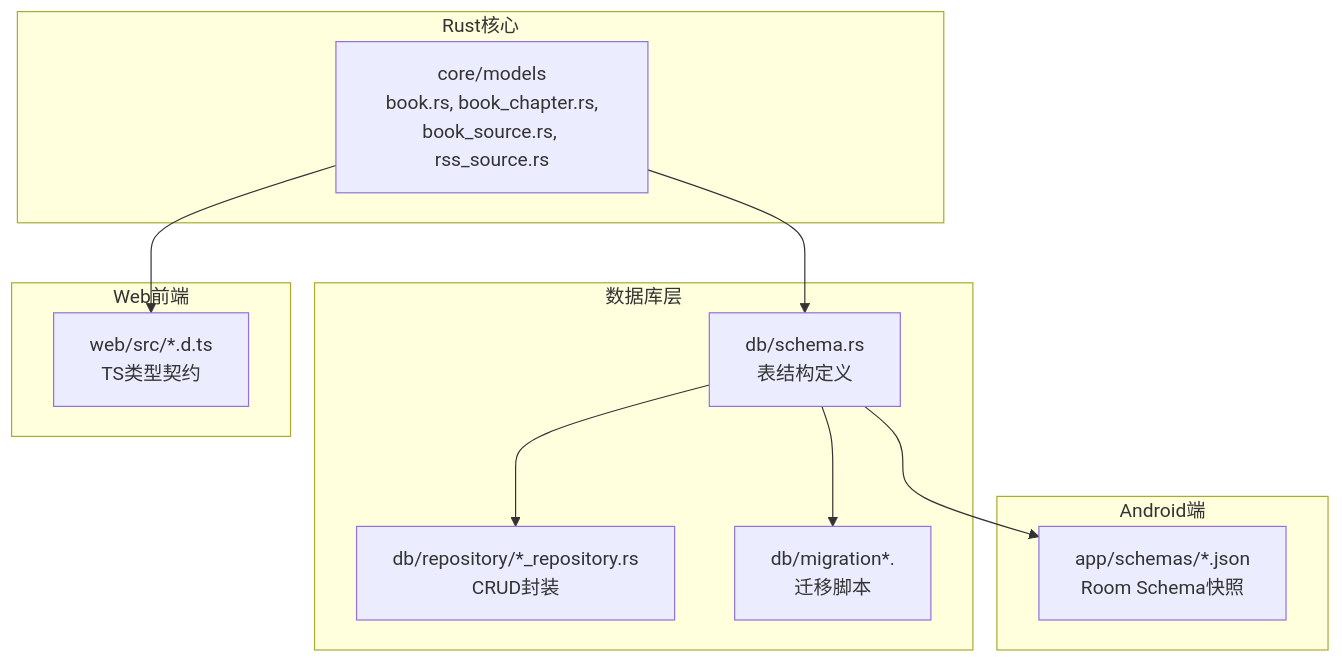
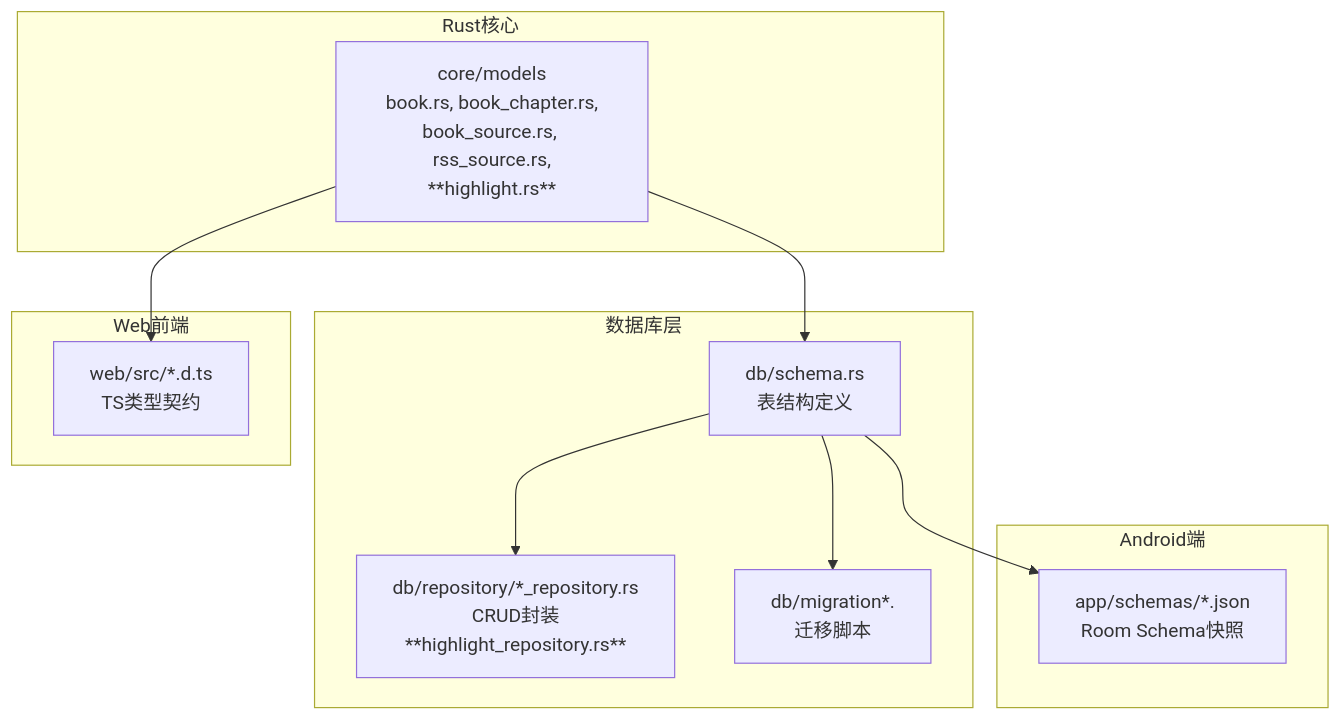
One commit to ZhangGHGitHub/LegadoTeamFlutter changed the first of 5 diagrams in .qoder/repowiki/zh/content/Rust核心库/数据模型设计/数据模型设计.md. Above: the diagram before and after it, drawn with Mermaid. The commit also changed other lines of this file and 173 other files, not shown here.

````diff
--- a/.qoder/repowiki/zh/content/Rust核心库/数据模型设计/数据模型设计.md
+++ b/.qoder/repowiki/zh/content/Rust核心库/数据模型设计/数据模型设计.md
@@ -53,22 +65,22 @@
 ```mermaid
 graph TB
 subgraph "Rust核心"
-core_models["core/models<br/>book.rs, book_chapter.rs,<br/>book_source.rs, rss_source.rs"]
+core_models["core/models<br/>book.rs, book_chapter.rs,<br/>book_source.rs, rss_source.rs,<br/>**highlight.rs**"]
 end
 subgraph "数据库层"
 db_schema["db/schema.rs<br/>表结构定义"]
-db_repo["db/repository/*_repository.rs<br/>CRUD封装"]
+db_repo["db/repository/*_repository.rs<br/>CRUD封装<br/>**highlight_repository.rs**"]
 db_migration["db/migration*.<br/>迁移脚本"]
 end
 subgraph "Android端"
 room_schemas["app/schemas/*.json<br/>Room Schema快照"]
 end
 subgraph "Web前端"
 web_types["web/src/*.d.ts<br/>TS类型契约"]
 end
 core_models --> db_schema
 db_schema --> db_repo
 db_schema --> db_migration
 db_schema --> room_schemas
 core_models --> web_types
 ```
````
